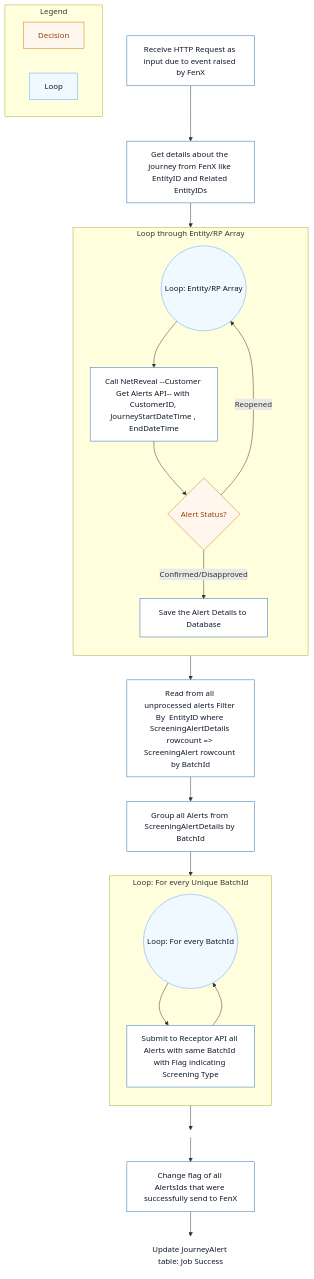
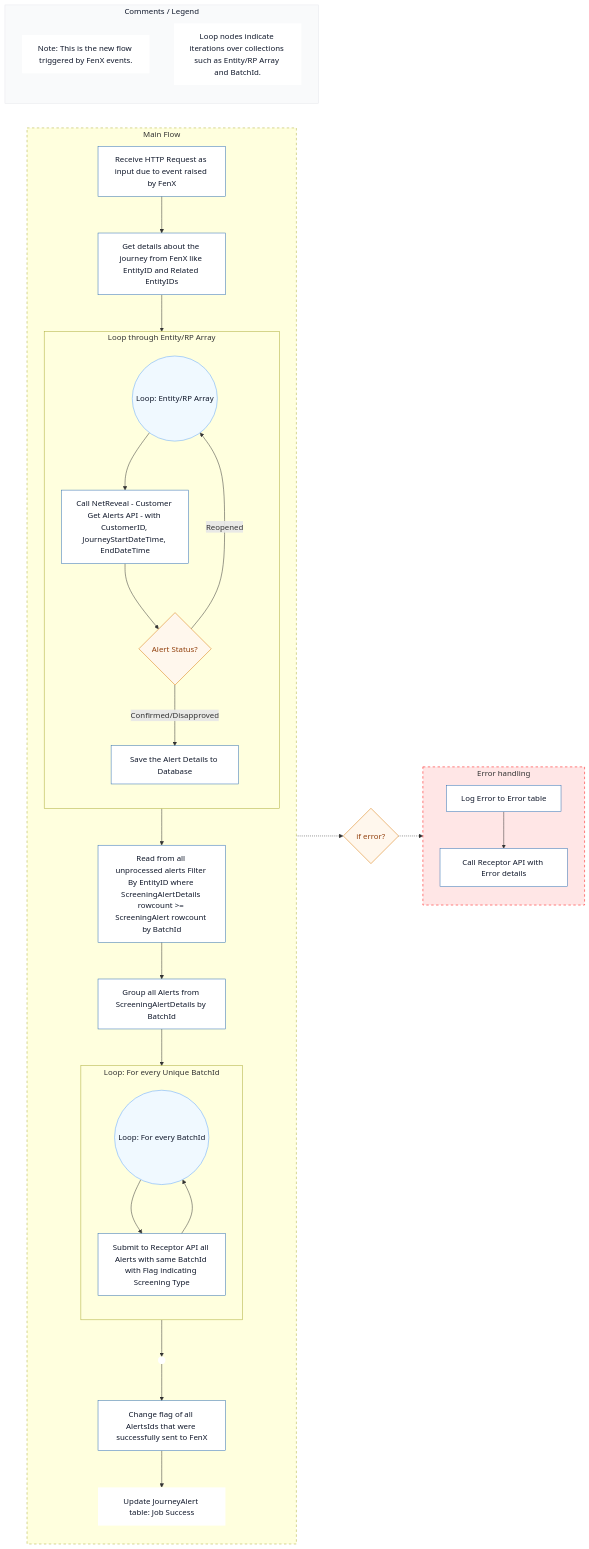
One commit to jojokoshy/Architecture_Diagrams_Python_AI changed the diagram in Arch_Diagrams/AlertsFlowv2v2.mmd. Above: the diagram before and after it, drawn with Mermaid.

Commit message:
Refactor AlertsFlow diagram for improved clarity and structure, including enhanced error handling and loop definitions

```diff
--- a/Arch_Diagrams/AlertsFlowv2v2.mmd
+++ b/Arch_Diagrams/AlertsFlowv2v2.mmd
@@ -1,50 +1,69 @@
-
 %%{init: {"theme":"default","themeVariables": {"background":"#ffffff","fontSize":"14"}}}%%
-flowchart TB
+flowchart LR
 
 %% Shared styles
 classDef step fill:#ffffff,stroke:#2b6cb0,color:#0f172a,stroke-width:1px;
 classDef decision fill:#fff7ed,stroke:#d97706,color:#92400e,stroke-width:1px;
 classDef loop fill:#f0f9ff,stroke:#60a5fa,color:#0f172a,stroke-width:1px;
 classDef footer fill:#ffffff,stroke:none,color:#0f172a;
 
-%% Main Flow
+subgraph MainFlow [Main Flow]
+  direction TB
 
-A[Receive HTTP Request as input due to event raised by FenX]:::step --> B[Get details about the journey from FenX like EntityID and Related EntityIDs]:::step
-B --> AlertsLoopStart((Loop: Entity/RP Array)):::loop
+  A[Receive HTTP Request as input due to event raised by FenX]:::step --> B[Get details about the journey from FenX like EntityID and Related EntityIDs]:::step
+  B --> AlertsLoopStart((Loop: Entity/RP Array)):::loop
 
-%% loop entry (Call moved into loop)
+  subgraph AlertsLoop [Loop through Entity/RP Array]
+    direction TB
+    AlertsLoopStart --> C[Call NetReveal - Customer Get Alerts API - with CustomerID, JourneyStartDateTime, EndDateTime]:::step
+    C --> D{Alert Status?}:::decision
+    D -->|Confirmed/Disapproved| E[Save the Alert Details to Database]:::step
+    D -->|Reopened| AlertsLoopStart
+  end
 
-subgraph AlertsLoop [Loop through Entity/RP Array]
-	direction TB
-	AlertsLoopStart --> C[Call NetReveal --Customer Get Alerts API-- with CustomerID, JourneyStartDateTime , EndDateTime]:::step
-	C --> D{Alert Status?}:::decision
-	D -->|Confirmed/Disapproved| E[Save the Alert Details to Database]:::step
-	D -->|Reopened| AlertsLoopStart
+  AlertsLoop --> F1[Read from all unprocessed alerts Filter By EntityID where ScreeningAlertDetails rowcount >= ScreeningAlert rowcount by BatchId]:::step
+
+  F1 --> J1[Group all Alerts from ScreeningAlertDetails by BatchId]:::step
+
+  J1 --> BatchLoopStart((Loop: For every BatchId)):::loop
+
+  subgraph BatchLoop [Loop: For every Unique BatchId]
+    direction TB
+    BatchLoopStart --> J2[Submit to Receptor API all Alerts with same BatchId with Flag indicating Screening Type]:::step
+    J2 --> BatchLoopStart
+  end
+
+  BatchLoop --> BottomAnchor(( ))
+
+  BottomAnchor --> N[Change flag of all AlertsIds that were successfully sent to FenX]:::step
+  N --> O[Update JourneyAlert table: Job Success]:::footer
 end
 
-%% After completing loop over Entity/RP Array, process batches
-AlertsLoop --> F1[Read from all unprocessed alerts Filter By  EntityID where ScreeningAlertDetails rowcount => ScreeningAlert rowcount by BatchId]:::step
+style MainFlow stroke-dasharray: 5 5
 
-F1 --> J1[Group all Alerts from ScreeningAlertDetails by BatchId ]:::step
+%% Decision between main and error blocks
+IfError{if error?}:::decision
 
-J1 --> BatchLoopStart((Loop: For every BatchId)):::loop
-
-subgraph BatchLoop [Loop: For every Unique BatchId  ]
-	direction TB
-	BatchLoopStart --> J2[ Submit to Receptor API all Alerts with same BatchId with Flag indicating Screening Type]:::step
-	J2 --> BatchLoopStart
+%% Error handling block to the right
+subgraph ErrorHandler [Error handling]
+  direction TB
+  EH1[Log Error to Error table]:::step
+  EH2[Call Receptor API with Error details]:::step
+  EH1 --> EH2
 end
 
-BatchLoop --> BottomAnchor(( ))
+style ErrorHandler fill:#ffe6e6,stroke:#ff0000,stroke-dasharray: 5 5
 
-%% Legend
-subgraph Legend [Legend]
-	direction LR
-	L2[Decision]:::decision
-	L3[Loop]:::loop	
+%% Connections: only between blocks (not individual nodes)
+MainFlow -.-> IfError
+IfError -.-> ErrorHandler
+
+%% Comments  Legend keep below
+subgraph Comments [Comments / Legend]
+  direction TB
+  style Comments fill:#f9fafb,stroke:#e5e7eb,color:#0f172a,stroke-width:1px;
+  note1[Note: This is the new flow triggered by FenX events.]:::footer
+  note2[Loop nodes indicate iterations over collections such as Entity/RP Array and BatchId.]:::footer
 end
 
-BottomAnchor --> N[Change flag of all AlertsIds that were successfully send to FenX]:::step
-N --> O[Update JourneyAlert table: Job Success]:::footer
 class BottomAnchor footer
```
